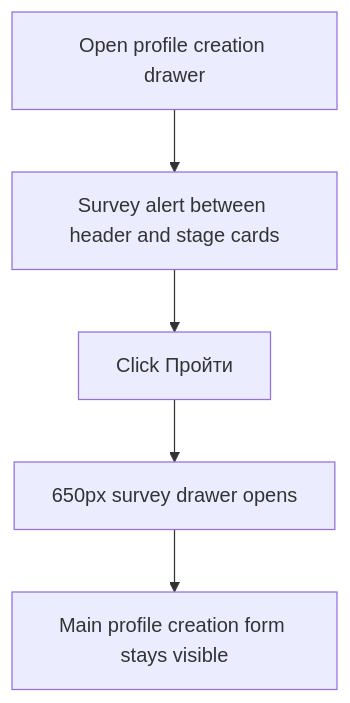
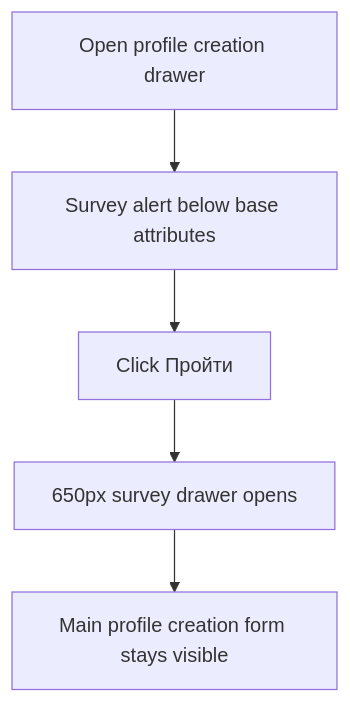
One commit to Anton-Sukhankin/HR-Profiling-Block changed the first of 7 diagrams in docs/components/profile-survey/user-flows.md. Above: the diagram before and after it, drawn with Mermaid. The commit also changed other lines of this file and 12 other files, not shown here.

````diff
--- a/docs/components/profile-survey/user-flows.md
+++ b/docs/components/profile-survey/user-flows.md
@@ -5,7 +5,7 @@
 ```mermaid
 flowchart TD
-  A["Open profile creation drawer"] --> B["Survey alert between header and stage cards"]
+  A["Open profile creation drawer"] --> B["Survey alert below base attributes"]
   B --> C["Click Пройти"]
   C --> D["650px survey drawer opens"]
   D --> E["Main profile creation form stays visible"]
 ```
````
